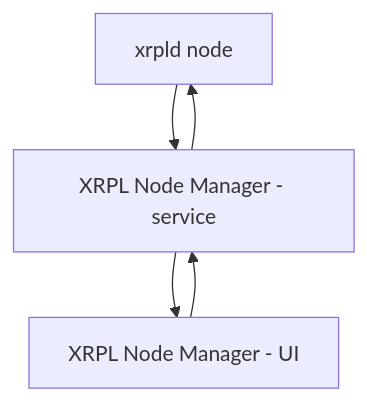
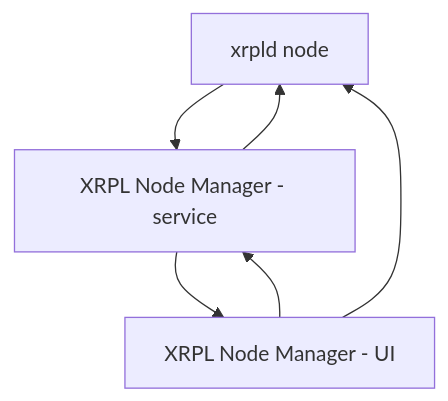
The diagram in README.md (elmurci/xrpl-node-manager), drawn with Mermaid before and after one commit.

Commit message:
docs: fix diagram format

````diff
--- a/README.md
+++ b/README.md
@@ -14,7 +14,8 @@
 ```mermaid
 graph TD
     A[xrpld node] -->B[XRPL Node Manager - service]
     B[XRPL Node Manager - service] -->A[xrpld node]
     B[XRPL Node Manager - service]-->C[XRPL Node Manager - UI]
     C[XRPL Node Manager - UI]-->B[XRPL Node Manager - service]
+    C[XRPL Node Manager - UI]-->A[xrpld node]
 ```
````
